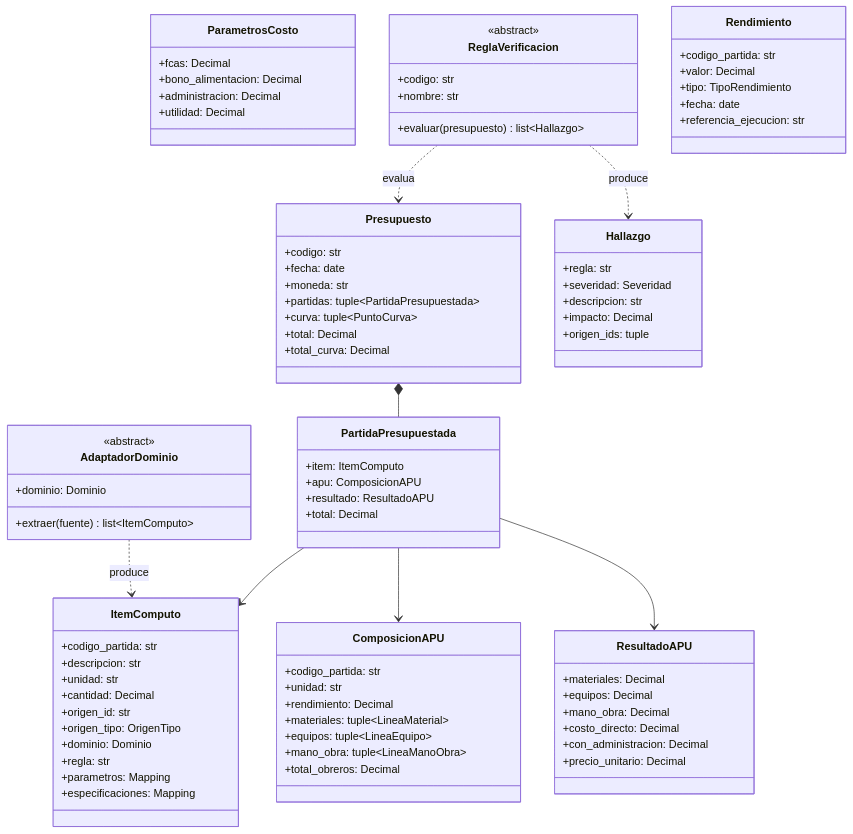
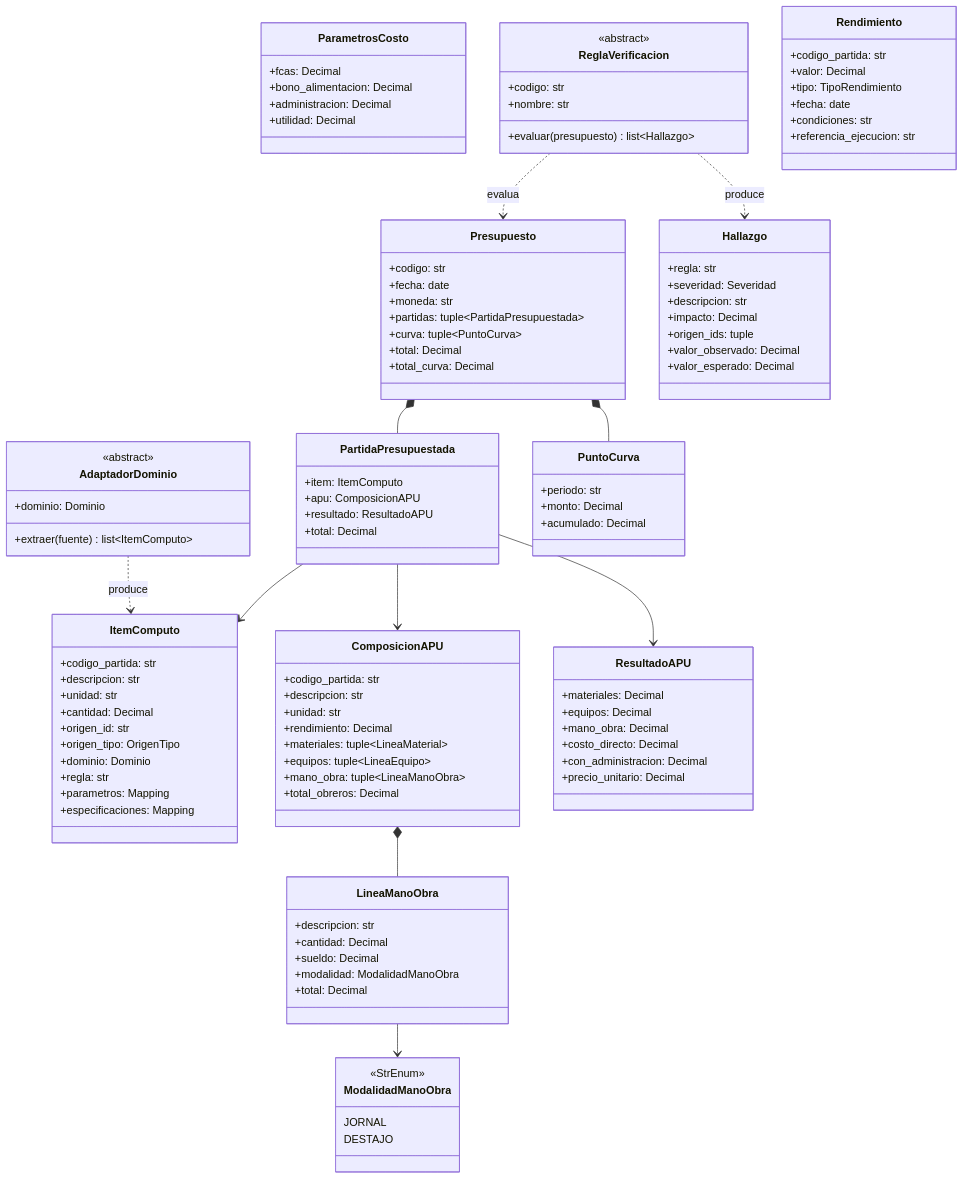
Before and after one commit to EugenioRRijo/silice: the second of 8 diagrams in docs/arquitectura.md, drawn with Mermaid. The commit also changed other lines of this file, not shown here.

````diff
--- a/docs/arquitectura.md
+++ b/docs/arquitectura.md
@@ -129,12 +179,25 @@
     }
     class ComposicionAPU {
         +codigo_partida: str
+        +descripcion: str
         +unidad: str
         +rendimiento: Decimal
         +materiales: tuple~LineaMaterial~
         +equipos: tuple~LineaEquipo~
         +mano_obra: tuple~LineaManoObra~
         +total_obreros: Decimal
+    }
+    class LineaManoObra {
+        +descripcion: str
+        +cantidad: Decimal
+        +sueldo: Decimal
+        +modalidad: ModalidadManoObra
+        +total: Decimal
+    }
+    class ModalidadManoObra {
+        <<StrEnum>>
+        JORNAL
+        DESTAJO
     }
     class ParametrosCosto {
         +fcas: Decimal
@@ -165,6 +228,11 @@
         +resultado: ResultadoAPU
         +total: Decimal
     }
+    class PuntoCurva {
+        +periodo: str
+        +monto: Decimal
+        +acumulado: Decimal
+    }
     class ReglaVerificacion {
         <<abstract>>
         +codigo: str
@@ -177,19 +245,25 @@
         +descripcion: str
         +impacto: Decimal
         +origen_ids: tuple
+        +valor_observado: Decimal
+        +valor_esperado: Decimal
     }
     class Rendimiento {
         +codigo_partida: str
         +valor: Decimal
         +tipo: TipoRendimiento
         +fecha: date
+        +condiciones: str
         +referencia_ejecucion: str
     }
     AdaptadorDominio ..> ItemComputo : produce
     Presupuesto *-- PartidaPresupuestada
+    Presupuesto *-- PuntoCurva
     PartidaPresupuestada --> ItemComputo
     PartidaPresupuestada --> ComposicionAPU
     PartidaPresupuestada --> ResultadoAPU
+    ComposicionAPU *-- LineaManoObra
+    LineaManoObra --> ModalidadManoObra
     ReglaVerificacion ..> Presupuesto : evalua
     ReglaVerificacion ..> Hallazgo : produce
 ```
````
